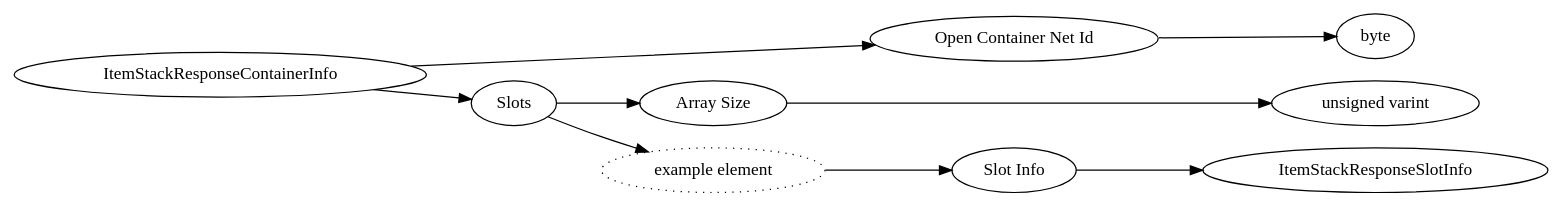
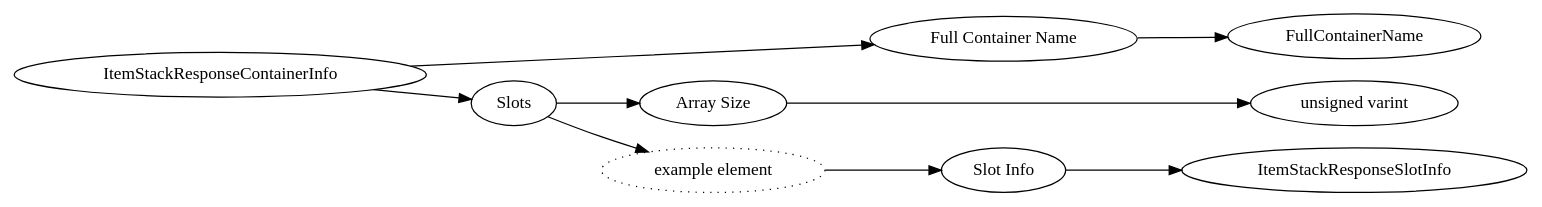
The diagram in assets/protocols/dot/ItemStackResponseContainerInfo.dot (MiemieMethod/bedrock-docs-generator), drawn with Graphviz before and after one commit. The commit also changed 712 other files, not shown here.

```diff
--- a/assets/protocols/dot/ItemStackResponseContainerInfo.dot
+++ b/assets/protocols/dot/ItemStackResponseContainerInfo.dot
@@ -1,24 +1,24 @@
 digraph "ItemStackResponseContainerInfo" {
 rankdir = LR
 18
 18 -> 19
 19 -> 20
 18 -> 21
 21 -> 22
 22 -> 23
 21 -> 24
 24 -> 25
 25 -> 42
 
 18 [label="ItemStackResponseContainerInfo",comment="name: \"ItemStackResponseContainerInfo\", typeName: \"\", id: 18, branchId: 0, recurseId: -1, attributes: 0, notes: \"\""];
-19 [label="Open Container Net Id",comment="name: \"Open Container Net Id\", typeName: \"\", id: 19, branchId: 0, recurseId: -1, attributes: 0, notes: \"\""];
-20 [label="byte",comment="name: \"byte\", typeName: \"\", id: 20, branchId: 0, recurseId: -1, attributes: 512, notes: \"\""];
+19 [label="Full Container Name",comment="name: \"Full Container Name\", typeName: \"FullContainerName\", id: 19, branchId: 0, recurseId: -1, attributes: 256, notes: \"\""];
+20 [label="FullContainerName",comment="name: \"FullContainerName\", typeName: \"\", id: 20, branchId: 0, recurseId: -1, attributes: 512, notes: \"\""];
 21 [label="Slots",comment="name: \"Slots\", typeName: \"\", id: 21, branchId: 0, recurseId: -1, attributes: 8, notes: \"\""];
 22 [label="Array Size",comment="name: \"Array Size\", typeName: \"\", id: 22, branchId: 0, recurseId: -1, attributes: 0, notes: \"\""];
 23 [label="unsigned varint",comment="name: \"unsigned varint\", typeName: \"\", id: 23, branchId: 0, recurseId: -1, attributes: 512, notes: \"\""];
 24 [label="example element",style=dotted,comment="name: \"example element\", typeName: \"\", id: 24, branchId: 0, recurseId: -1, attributes: 16, notes: \"\""];
 25 [label="Slot Info",comment="name: \"Slot Info\", typeName: \"ItemStackResponseSlotInfo\", id: 25, branchId: 0, recurseId: -1, attributes: 256, notes: \"\""];
 42 [label="ItemStackResponseSlotInfo",comment="name: \"ItemStackResponseSlotInfo\", typeName: \"\", id: 42, branchId: 0, recurseId: -1, attributes: 512, notes: \"\""];
 { rank = max;20;23;42}
 
 }
```
